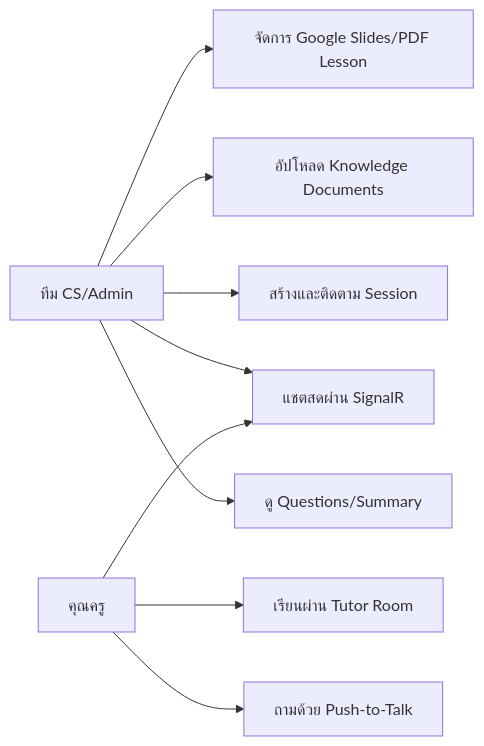
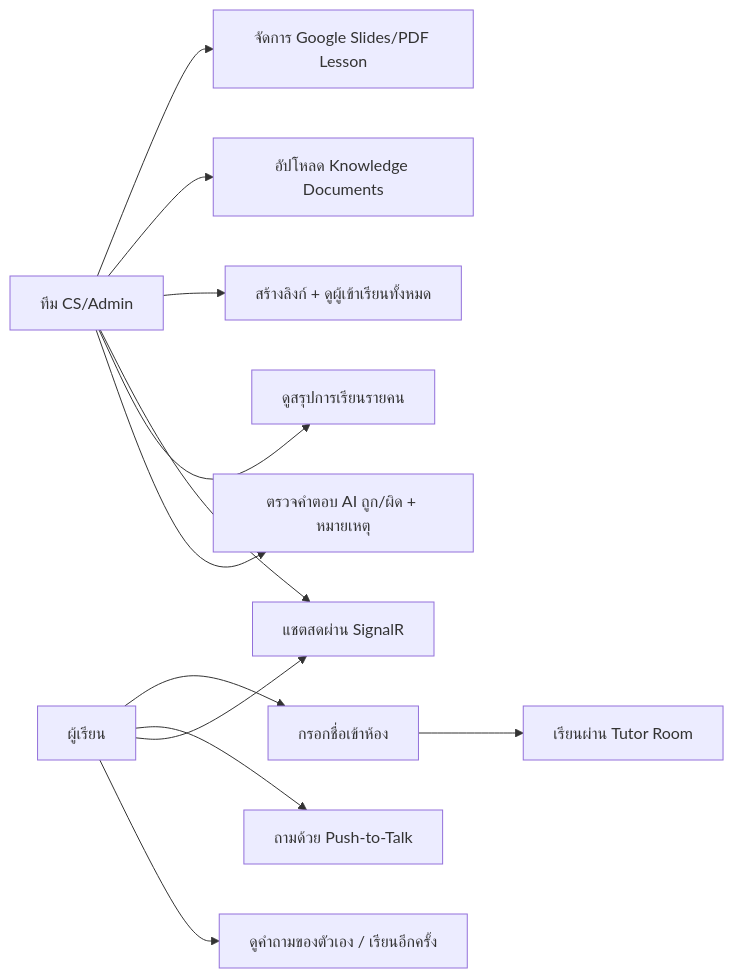
Before and after one commit to Sathaporn24/sb_supportroom: the diagram in frontend/docs/USE_CASE_DIAGRAM.md, drawn with Mermaid. The commit also changed other lines of this file and 93 other files, not shown here.

````diff
--- a/frontend/docs/USE_CASE_DIAGRAM.md
+++ b/frontend/docs/USE_CASE_DIAGRAM.md
@@ -3,22 +3,28 @@
 ```mermaid
 flowchart LR
     CS[ทีม CS/Admin]
-    Teacher[คุณครู]
+    Learner[ผู้เรียน]
 
     Lesson[จัดการ Google Slides/PDF Lesson]
     Docs[อัปโหลด Knowledge Documents]
-    Session[สร้างและติดตาม Session]
+    Link[สร้างลิงก์ + ดูผู้เข้าเรียนทั้งหมด]
+    Join[กรอกชื่อเข้าห้อง]
     Room[เรียนผ่าน Tutor Room]
     Voice[ถามด้วย Push-to-Talk]
     Chat[แชตสดผ่าน SignalR]
-    Summary[ดู Questions/Summary]
+    Summary[ดูสรุปการเรียนรายคน]
+    Review[ตรวจคำตอบ AI ถูก/ผิด + หมายเหตุ]
+    Recap[ดูคำถามของตัวเอง / เรียนอีกครั้ง]
 
     CS --> Lesson
     CS --> Docs
-    CS --> Session
+    CS --> Link
     CS --> Chat
     CS --> Summary
-    Teacher --> Room
-    Teacher --> Voice
-    Teacher --> Chat
+    CS --> Review
+    Learner --> Join
+    Join --> Room
+    Learner --> Voice
+    Learner --> Chat
+    Learner --> Recap
 ```
````
